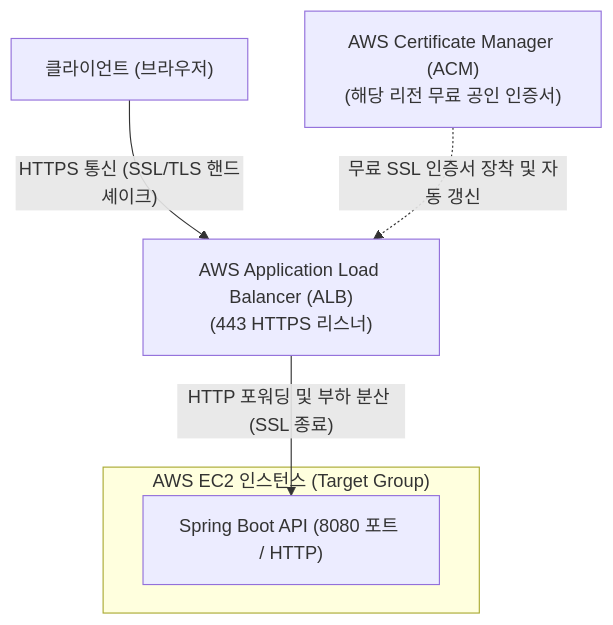
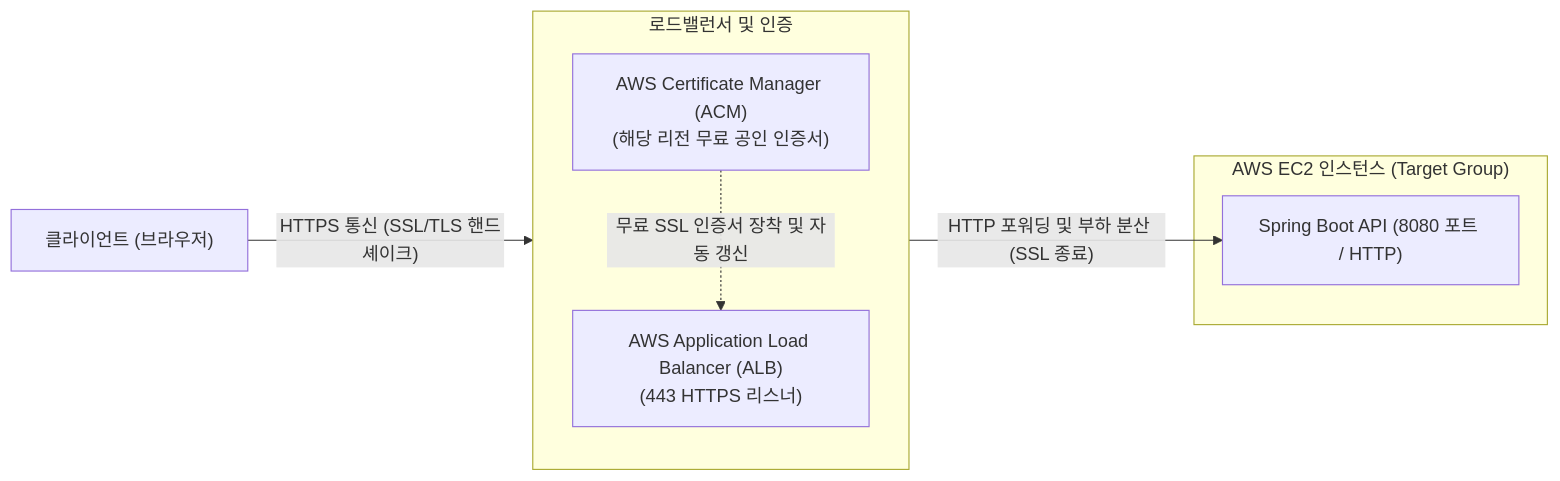
The fourth of 4 diagrams in guide/04.challenge.md (likelion-backend-25th/22-project-sns), drawn with Mermaid before and after one commit. The commit also changed other lines of this file, not shown here.

````diff
--- a/guide/04.challenge.md
+++ b/guide/04.challenge.md
@@ -317,13 +325,18 @@
 ```mermaid
-flowchart TD
-    ACM["AWS Certificate Manager (ACM)<br/>(해당 리전 무료 공인 인증서)"]
+flowchart LR
+    Client["클라이언트 (브라우저)"]
 
-    Client["클라이언트 (브라우저)"] -->|"HTTPS 통신 (SSL/TLS 핸드셰이크)"| ALB["AWS Application Load Balancer (ALB)<br/>(443 HTTPS 리스너)"]
+    subgraph ALB_Zone["로드밸런서 및 인증"]
+        direction TB
+        ACM["AWS Certificate Manager (ACM)<br/>(해당 리전 무료 공인 인증서)"]
+        ALB["AWS Application Load Balancer (ALB)<br/>(443 HTTPS 리스너)"]
+    end
 
     subgraph EC2["AWS EC2 인스턴스 (Target Group)"]
         SpringBoot["Spring Boot API (8080 포트 / HTTP)"]
     end
 
+    Client -->|"HTTPS 통신 (SSL/TLS 핸드셰이크)"| ALB
     ACM -.->|"무료 SSL 인증서 장착 및 자동 갱신"| ALB
     ALB -->|"HTTP 포워딩 및 부하 분산 (SSL 종료)"| SpringBoot
 ```
````
